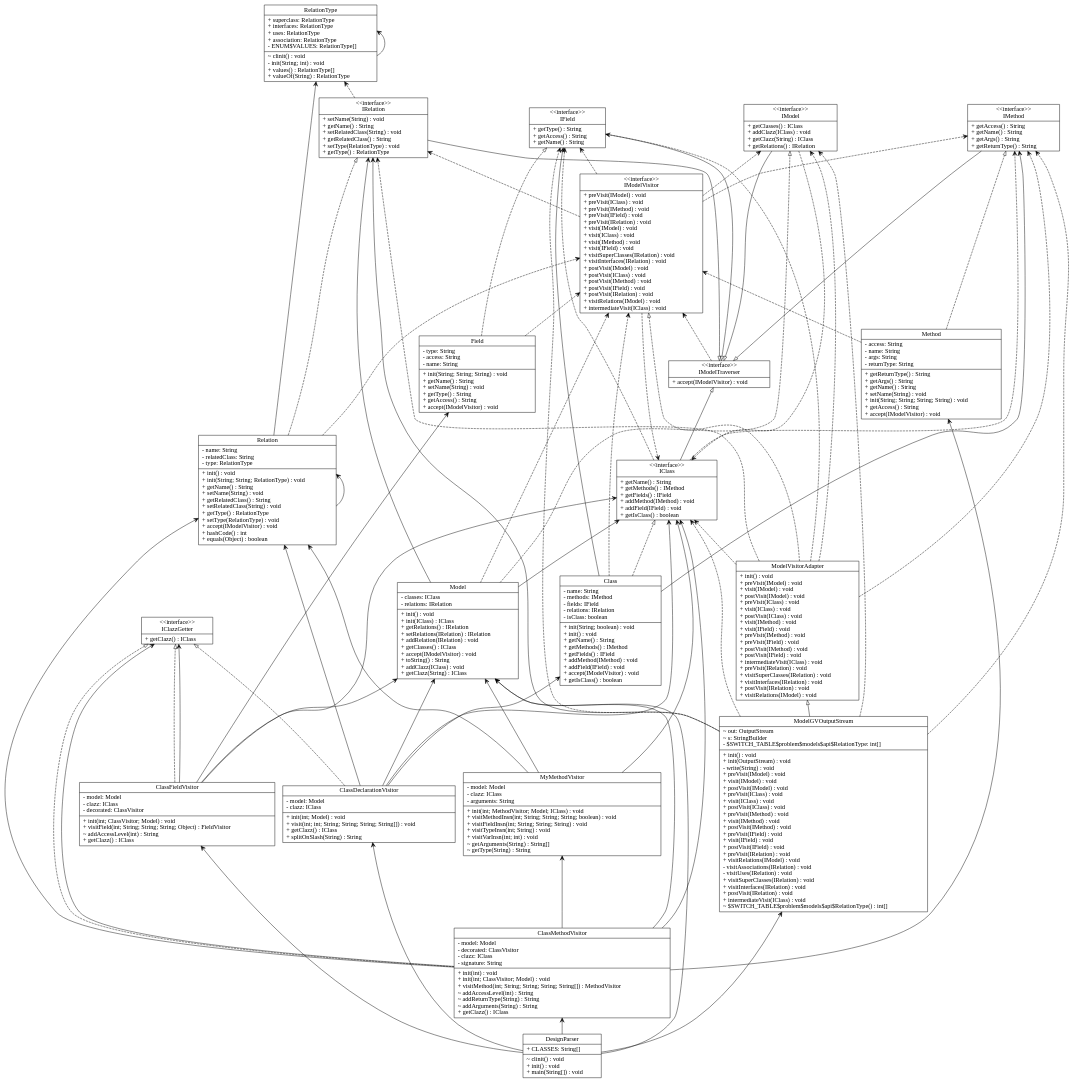
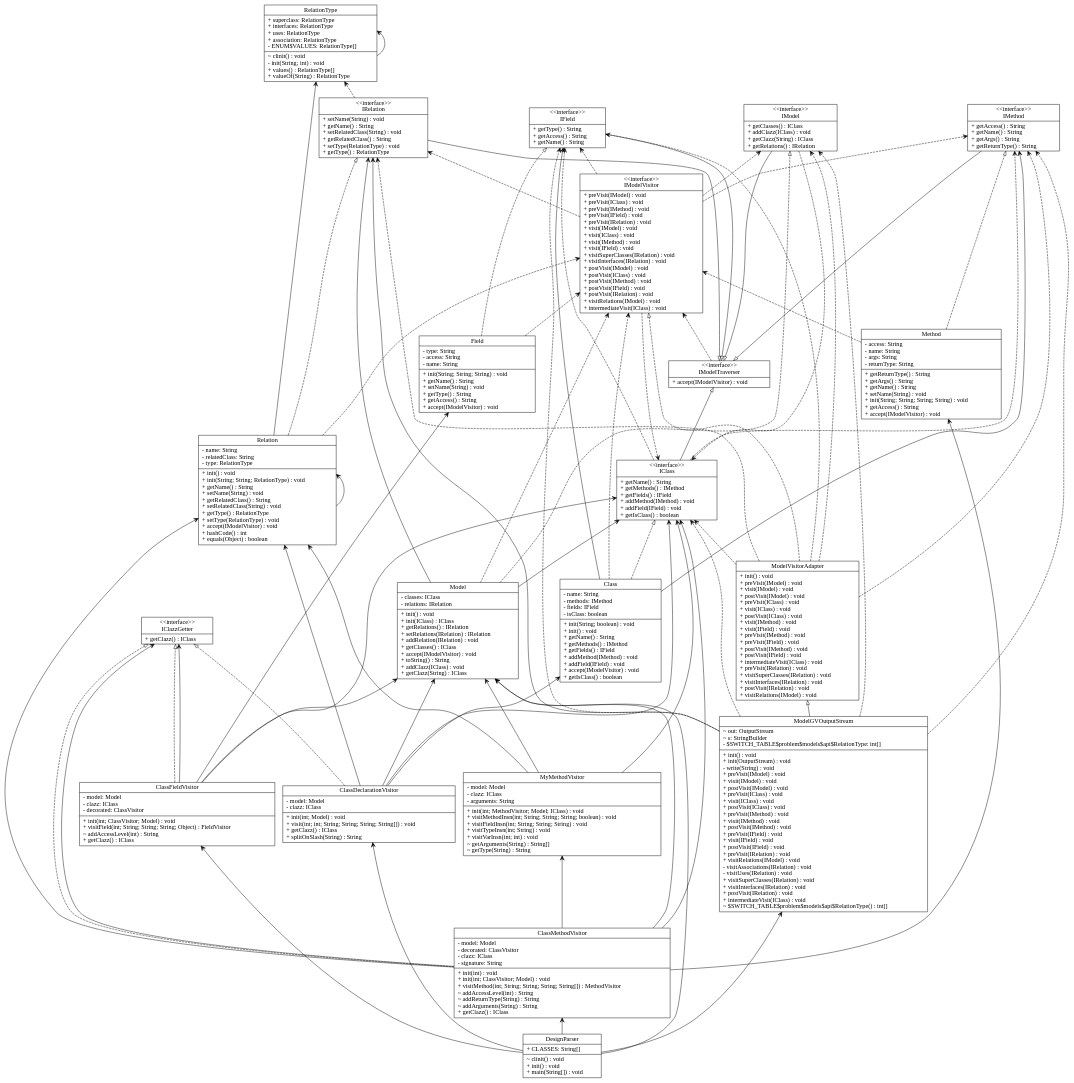
The diagram in input_output/model.gv (tpunt3/Csse374), drawn with Graphviz before and after one commit. The commit also changed 16 other files, not shown here.

```diff
--- a/input_output/model.gv
+++ b/input_output/model.gv
@@ -1,178 +1,178 @@
 digraph model{
 rankdir = BT;
 ClassDeclarationVisitor [
 shape="record",
 label = "{ClassDeclarationVisitor| - model: Model\l- clazz: IClass\l|+ init(int; Model) : void\l+ visit(int; int; String; String; String; String[]) : void\l+ getClazz() : IClass\l+ splitOnSlash(String) : String\l}"
 ];
 
 ClassFieldVisitor [
 shape="record",
 label = "{ClassFieldVisitor| - model: Model\l- clazz: IClass\l- decorated: ClassVisitor\l|+ init(int; ClassVisitor; Model) : void\l+ visitField(int; String; String; String; Object) : FieldVisitor\l~ addAccessLevel(int) : String\l+ getClazz() : IClass\l}"
 ];
 
 ClassMethodVisitor [
 shape="record",
 label = "{ClassMethodVisitor| - model: Model\l- decorated: ClassVisitor\l- clazz: IClass\l- signature: String\l|+ init(int) : void\l+ init(int; ClassVisitor; Model) : void\l+ visitMethod(int; String; String; String; String[]) : MethodVisitor\l~ addAccessLevel(int) : String\l~ addReturnType(String) : String\l~ addArguments(String) : String\l+ getClazz() : IClass\l}"
 ];
 
 DesignParser [
 shape="record",
 label = "{DesignParser| + CLASSES: String[]\l|~ clinit() : void\l+ init() : void\l+ main(String[]) : void\l}"
 ];
 
 IClazzGetter [
 shape="record",
 label = "{\<\<interface\>\>\nIClazzGetter| + getClazz() : IClass\l}"
 ];
 
 MyMethodVisitor [
 shape="record",
 label = "{MyMethodVisitor| - model: Model\l- clazz: IClass\l- arguments: String\l|+ init(int; MethodVisitor; Model; IClass) : void\l+ visitMethodInsn(int; String; String; String; boolean) : void\l+ visitFieldInsn(int; String; String; String) : void\l+ visitTypeInsn(int; String) : void\l+ visitVarInsn(int; int) : void\l~ getArguments(String) : String[]\l~ getType(String) : String\l}"
 ];
 
 IModelTraverser [
 shape="record",
 label = "{\<\<interface\>\>\nIModelTraverser| + accept(IModelVisitor) : void\l}"
 ];
 
 IModelVisitor [
 shape="record",
 label = "{\<\<interface\>\>\nIModelVisitor| + preVisit(IModel) : void\l+ preVisit(IClass) : void\l+ preVisit(IMethod) : void\l+ preVisit(IField) : void\l+ preVisit(IRelation) : void\l+ visit(IModel) : void\l+ visit(IClass) : void\l+ visit(IMethod) : void\l+ visit(IField) : void\l+ visitSuperClasses(IRelation) : void\l+ visitInterfaces(IRelation) : void\l+ postVisit(IModel) : void\l+ postVisit(IClass) : void\l+ postVisit(IMethod) : void\l+ postVisit(IField) : void\l+ postVisit(IRelation) : void\l+ visitRelations(IModel) : void\l+ intermediateVisit(IClass) : void\l}"
 ];
 
 ModelVisitorAdapter [
 shape="record",
 label = "{ModelVisitorAdapter| + init() : void\l+ preVisit(IModel) : void\l+ visit(IModel) : void\l+ postVisit(IModel) : void\l+ preVisit(IClass) : void\l+ visit(IClass) : void\l+ postVisit(IClass) : void\l+ visit(IMethod) : void\l+ visit(IField) : void\l+ preVisit(IMethod) : void\l+ preVisit(IField) : void\l+ postVisit(IMethod) : void\l+ postVisit(IField) : void\l+ intermediateVisit(IClass) : void\l+ preVisit(IRelation) : void\l+ visitSuperClasses(IRelation) : void\l+ visitInterfaces(IRelation) : void\l+ postVisit(IRelation) : void\l+ visitRelations(IModel) : void\l}"
 ];
 
 IClass [
 shape="record",
 label = "{\<\<interface\>\>\nIClass| + getName() : String\l+ getMethods() : IMethod\l+ getFields() : IField\l+ addMethod(IMethod) : void\l+ addField(IField) : void\l+ getIsClass() : boolean\l}"
 ];
 
 IField [
 shape="record",
 label = "{\<\<interface\>\>\nIField| + getType() : String\l+ getAccess() : String\l+ getName() : String\l}"
 ];
 
 IMethod [
 shape="record",
 label = "{\<\<interface\>\>\nIMethod| + getAccess() : String\l+ getName() : String\l+ getArgs() : String\l+ getReturnType() : String\l}"
 ];
 
 IModel [
 shape="record",
 label = "{\<\<interface\>\>\nIModel| + getClasses() : IClass\l+ addClazz(IClass) : void\l+ getClazz(String) : IClass\l+ getRelations() : IRelation\l}"
 ];
 
 IRelation [
 shape="record",
 label = "{\<\<interface\>\>\nIRelation| + setName(String) : void\l+ getName() : String\l+ setRelatedClass(String) : void\l+ getRelatedClass() : String\l+ setType(RelationType) : void\l+ getType() : RelationType\l}"
 ];
 
 RelationType [
 shape="record",
 label = "{RelationType| + superclass: RelationType\l+ interfaces: RelationType\l+ uses: RelationType\l+ association: RelationType\l- ENUM$VALUES: RelationType[]\l|~ clinit() : void\l- init(String; int) : void\l+ values() : RelationType[]\l+ valueOf(String) : RelationType\l}"
 ];
 
 Class [
 shape="record",
-label = "{Class| - name: String\l- methods: IMethod\l- fields: IField\l- relations: IRelation\l- isClass: boolean\l|+ init(String; boolean) : void\l+ init() : void\l+ getName() : String\l+ getMethods() : IMethod\l+ getFields() : IField\l+ addMethod(IMethod) : void\l+ addField(IField) : void\l+ accept(IModelVisitor) : void\l+ getIsClass() : boolean\l}"
+label = "{Class| - name: String\l- methods: IMethod\l- fields: IField\l- isClass: boolean\l|+ init(String; boolean) : void\l+ init() : void\l+ getName() : String\l+ getMethods() : IMethod\l+ getFields() : IField\l+ addMethod(IMethod) : void\l+ addField(IField) : void\l+ accept(IModelVisitor) : void\l+ getIsClass() : boolean\l}"
 ];
 
 Field [
 shape="record",
 label = "{Field| - type: String\l- access: String\l- name: String\l|+ init(String; String; String) : void\l+ getName() : String\l+ setName(String) : void\l+ getType() : String\l+ getAccess() : String\l+ accept(IModelVisitor) : void\l}"
 ];
 
 Method [
 shape="record",
 label = "{Method| - access: String\l- name: String\l- args: String\l- returnType: String\l|+ getReturnType() : String\l+ getArgs() : String\l+ getName() : String\l+ setName(String) : void\l+ init(String; String; String; String) : void\l+ getAccess() : String\l+ accept(IModelVisitor) : void\l}"
 ];
 
 Model [
 shape="record",
 label = "{Model| - classes: IClass\l- relations: IRelation\l|+ init() : void\l+ init(IClass) : IClass\l+ getRelations() : IRelation\l+ setRelations(IRelation) : IRelation\l+ addRelation(IRelation) : void\l+ getClasses() : IClass\l+ accept(IModelVisitor) : void\l+ toString() : String\l+ addClazz(IClass) : void\l+ getClazz(String) : IClass\l}"
 ];
 
 ModelGVOutputStream [
 shape="record",
 label = "{ModelGVOutputStream| ~ out: OutputStream\l~ s: StringBuilder\l- $SWITCH_TABLE$problem$models$api$RelationType: int[]\l|+ init() : void\l+ init(OutputStream) : void\l- write(String) : void\l+ preVisit(IModel) : void\l+ visit(IModel) : void\l+ postVisit(IModel) : void\l+ preVisit(IClass) : void\l+ visit(IClass) : void\l+ postVisit(IClass) : void\l+ preVisit(IMethod) : void\l+ visit(IMethod) : void\l+ postVisit(IMethod) : void\l+ preVisit(IField) : void\l+ visit(IField) : void\l+ postVisit(IField) : void\l+ preVisit(IRelation) : void\l+ visitRelations(IModel) : void\l- visitAssociations(IRelation) : void\l- visitUses(IRelation) : void\l+ visitSuperClasses(IRelation) : void\l+ visitInterfaces(IRelation) : void\l+ postVisit(IRelation) : void\l+ intermediateVisit(IClass) : void\l~ $SWITCH_TABLE$problem$models$api$RelationType() : int[]\l}"
 ];
 
 Relation [
 shape="record",
 label = "{Relation| - name: String\l- relatedClass: String\l- type: RelationType\l|+ init() : void\l+ init(String; String; RelationType) : void\l+ getName() : String\l+ setName(String) : void\l+ getRelatedClass() : String\l+ setRelatedClass(String) : void\l+ getType() : RelationType\l+ setType(RelationType) : void\l+ accept(IModelVisitor) : void\l+ hashCode() : int\l+ equals(Object) : boolean\l}"
 ];
 
 //writing relations between classes now
 ClassDeclarationVisitor -> IClazzGetter [arrowhead = "empty", style = "dashed"];
 ClassDeclarationVisitor -> Model [arrowhead = "vee"];
 ClassDeclarationVisitor -> Class [arrowhead = "vee"];
 ClassDeclarationVisitor -> IClass [arrowhead = "vee"];
 ClassDeclarationVisitor -> Relation [arrowhead = "vee"];
 ClassFieldVisitor -> IClazzGetter [arrowhead = "empty", style = "dashed"];
 ClassFieldVisitor -> Model [arrowhead = "vee"];
 ClassFieldVisitor -> IClass [arrowhead = "vee"];
 ClassFieldVisitor -> Field [arrowhead = "vee"];
 ClassFieldVisitor -> IClazzGetter [arrowhead = "vee"];
 ClassMethodVisitor -> IClazzGetter [arrowhead = "empty", style = "dashed"];
 ClassMethodVisitor -> IClass [arrowhead = "vee"];
 ClassMethodVisitor -> Model [arrowhead = "vee"];
 ClassMethodVisitor -> MyMethodVisitor [arrowhead = "vee"];
 ClassMethodVisitor -> Relation [arrowhead = "vee"];
 ClassMethodVisitor -> Method [arrowhead = "vee"];
 ClassMethodVisitor -> IClazzGetter [arrowhead = "vee"];
 DesignParser -> Model [arrowhead = "vee"];
 DesignParser -> ClassDeclarationVisitor [arrowhead = "vee"];
 DesignParser -> ClassFieldVisitor [arrowhead = "vee"];
 DesignParser -> ClassMethodVisitor [arrowhead = "vee"];
 DesignParser -> ModelGVOutputStream [arrowhead = "vee"];
 MyMethodVisitor -> Model [arrowhead = "vee"];
 MyMethodVisitor -> IClass [arrowhead = "vee"];
 MyMethodVisitor -> Relation [arrowhead = "vee"];
 IModelTraverser -> IModelVisitor [arrowhead = "vee", style = "dashed"];
 IModelVisitor -> IModel [arrowhead = "vee", style = "dashed"];
 IModelVisitor -> IClass [arrowhead = "vee", style = "dashed"];
 IModelVisitor -> IMethod [arrowhead = "vee", style = "dashed"];
 IModelVisitor -> IField [arrowhead = "vee", style = "dashed"];
 IModelVisitor -> IRelation [arrowhead = "vee", style = "dashed"];
 ModelVisitorAdapter -> IModelVisitor [arrowhead = "empty", style = "dashed"];
 ModelVisitorAdapter -> IModel [arrowhead = "vee", style = "dashed"];
 ModelVisitorAdapter -> IClass [arrowhead = "vee", style = "dashed"];
 ModelVisitorAdapter -> IMethod [arrowhead = "vee", style = "dashed"];
 ModelVisitorAdapter -> IField [arrowhead = "vee", style = "dashed"];
 ModelVisitorAdapter -> IRelation [arrowhead = "vee", style = "dashed"];
 IClass -> IModelTraverser [arrowhead = "empty"];
 IClass -> IMethod [arrowhead = "vee", style = "dashed"];
 IClass -> IField [arrowhead = "vee", style = "dashed"];
 IField -> IModelTraverser [arrowhead = "empty"];
 IMethod -> IModelTraverser [arrowhead = "empty"];
 IModel -> IModelTraverser [arrowhead = "empty"];
 IModel -> IClass [arrowhead = "vee", style = "dashed"];
 IRelation -> IModelTraverser [arrowhead = "empty"];
 IRelation -> RelationType [arrowhead = "vee", style = "dashed"];
 RelationType -> RelationType [arrowhead = "vee"];
 Class -> IClass [arrowhead = "empty", style = "dashed"];
 Class -> IModelVisitor [arrowhead = "vee", style = "dashed"];
 Class -> IField [arrowhead = "vee"];
 Class -> IMethod [arrowhead = "vee"];
 Field -> IField [arrowhead = "empty", style = "dashed"];
 Field -> IModelVisitor [arrowhead = "vee", style = "dashed"];
 Method -> IMethod [arrowhead = "empty", style = "dashed"];
 Method -> IModelVisitor [arrowhead = "vee", style = "dashed"];
 Model -> IModel [arrowhead = "empty", style = "dashed"];
 Model -> IRelation [arrowhead = "vee"];
 Model -> IModelVisitor [arrowhead = "vee", style = "dashed"];
 Model -> IClass [arrowhead = "vee"];
 ModelGVOutputStream -> ModelVisitorAdapter [arrowhead = "empty"];
 ModelGVOutputStream -> IModel [arrowhead = "vee", style = "dashed"];
 ModelGVOutputStream -> IClass [arrowhead = "vee", style = "dashed"];
 ModelGVOutputStream -> IMethod [arrowhead = "vee", style = "dashed"];
 ModelGVOutputStream -> IField [arrowhead = "vee", style = "dashed"];
 ModelGVOutputStream -> IRelation [arrowhead = "vee"];
 Relation -> IRelation [arrowhead = "empty", style = "dashed"];
 Relation -> RelationType [arrowhead = "vee"];
 Relation -> IModelVisitor [arrowhead = "vee", style = "dashed"];
 Relation -> Relation [arrowhead = "vee"];
 }
```
